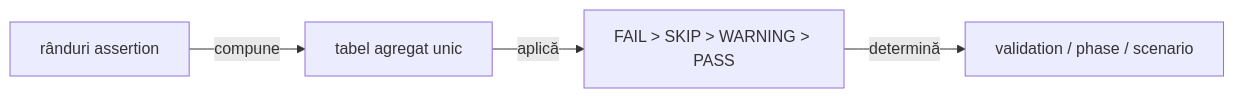
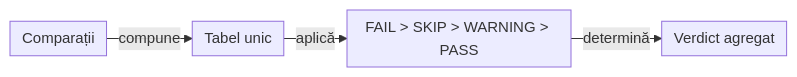
One commit to crististefanita/atf_j0 changed the sixth of 11 diagrams in docs/ATF_Reporting_Contract.md. Above: the diagram before and after it, drawn with Mermaid. The commit also changed other lines of this file and 97 other files, not shown here.

````diff
--- a/docs/ATF_Reporting_Contract.md
+++ b/docs/ATF_Reporting_Contract.md
@@ -577,6 +592,7 @@
 ```mermaid
+%%{init: {"themeVariables":{"fontSize":"15px"},"themeCSS":".nodeLabel, .nodeLabel p { font-size: 15px !important; line-height: 1.35 !important; } .edgeLabel, .edgeLabel p { font-size: 12px !important; font-weight: 400 !important; line-height: 1.2 !important; } .edgeLabel .labelBkg, .edgeLabel p { background: transparent !important; } .edgeLabel foreignObject { transform: translateY(-18px); overflow: visible; } .node rect { rx: 6px; ry: 6px; }","flowchart":{"curve":"linear","nodeSpacing":24,"rankSpacing":24,"padding":6,"diagramPadding":20}}}%%
 flowchart LR
-    Rows["rânduri assertion"] -->|compune| Aggregate["tabel agregat unic"]
+    Rows["Comparații"] -->|compune| Aggregate["Tabel unic"]
     Aggregate -->|aplică| Precedence["FAIL > SKIP > WARNING > PASS"]
-    Precedence -->|determină| Verdict["validation / phase / scenario"]
+    Precedence -->|determină| Verdict["Verdict agregat"]
 ```
````
